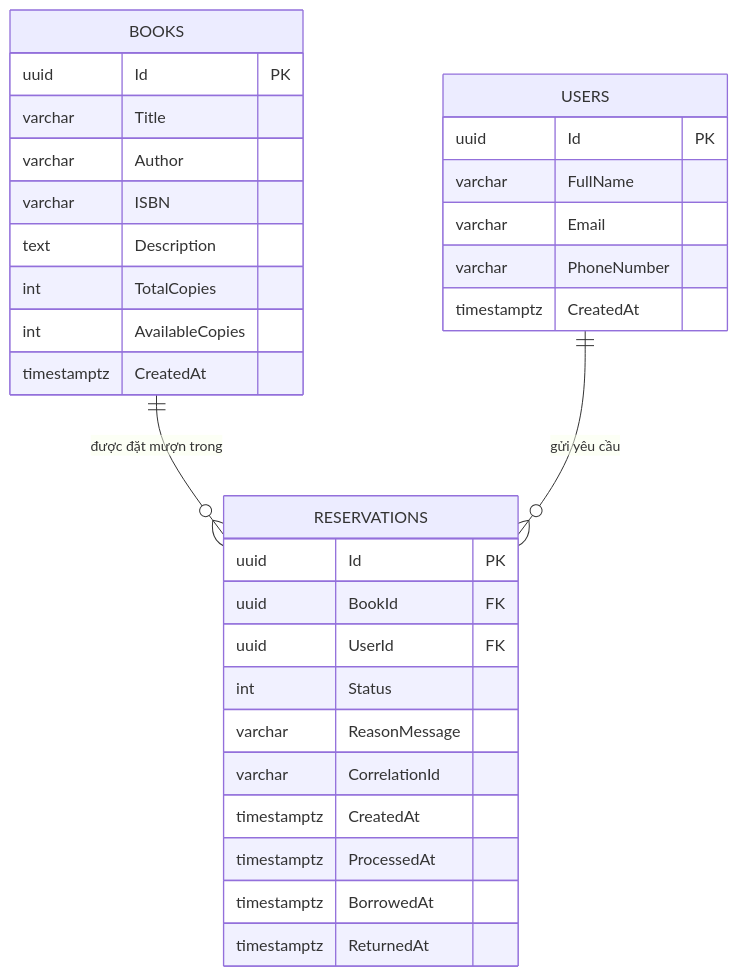
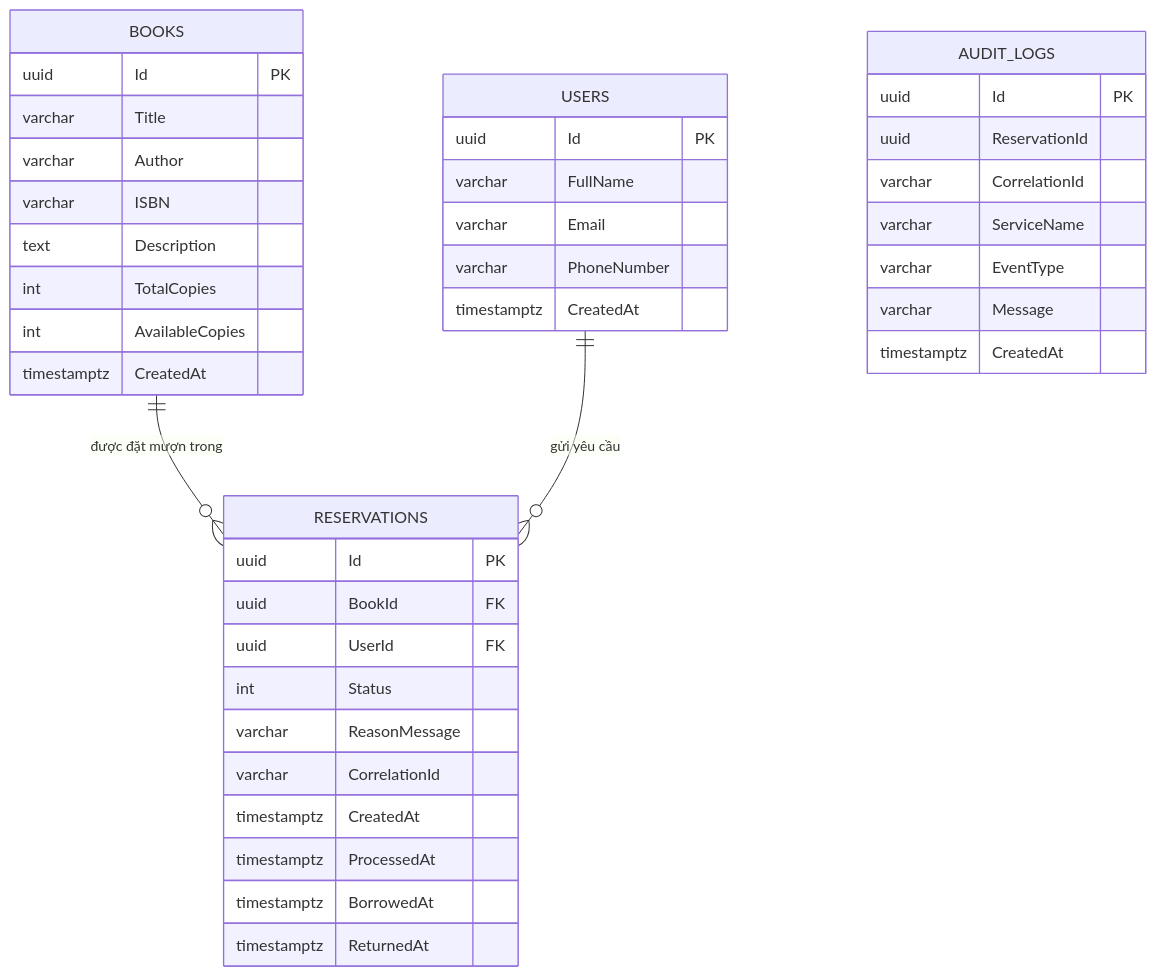
The third of 3 diagrams in README.md (azmedia2006/distributed-library-reservation-v2), drawn with Mermaid before and after one commit. The commit also changed other lines of this file and 11 other files, not shown here.

````diff
--- a/README.md
+++ b/README.md
@@ -175,37 +175,47 @@
 ```mermaid
 erDiagram
     BOOKS ||--o{ RESERVATIONS : "được đặt mượn trong"
     USERS ||--o{ RESERVATIONS : "gửi yêu cầu"
 
     BOOKS {
         uuid Id PK
         varchar Title
         varchar Author
         varchar ISBN
         text Description
         int TotalCopies
         int AvailableCopies
         timestamptz CreatedAt
     }
 
     USERS {
         uuid Id PK
         varchar FullName
         varchar Email
         varchar PhoneNumber
         timestamptz CreatedAt
     }
 
     RESERVATIONS {
         uuid Id PK
         uuid BookId FK
         uuid UserId FK
         int Status
         varchar ReasonMessage
         varchar CorrelationId
         timestamptz CreatedAt
         timestamptz ProcessedAt
         timestamptz BorrowedAt
         timestamptz ReturnedAt
     }
+
+    AUDIT_LOGS {
+        uuid Id PK
+        uuid ReservationId
+        varchar CorrelationId
+        varchar ServiceName
+        varchar EventType
+        varchar Message
+        timestamptz CreatedAt
+    }
 ```
````
